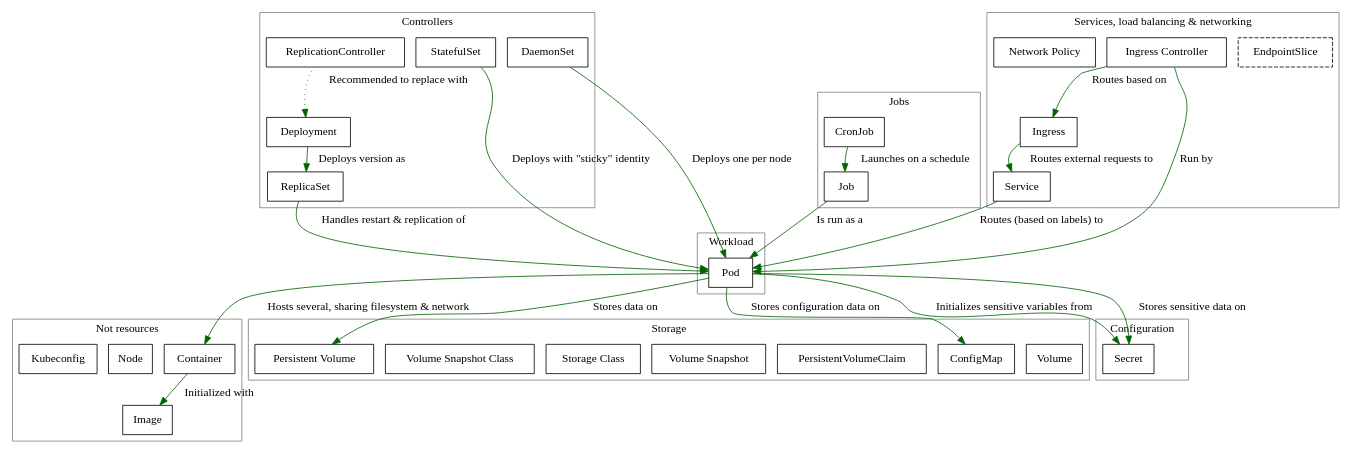
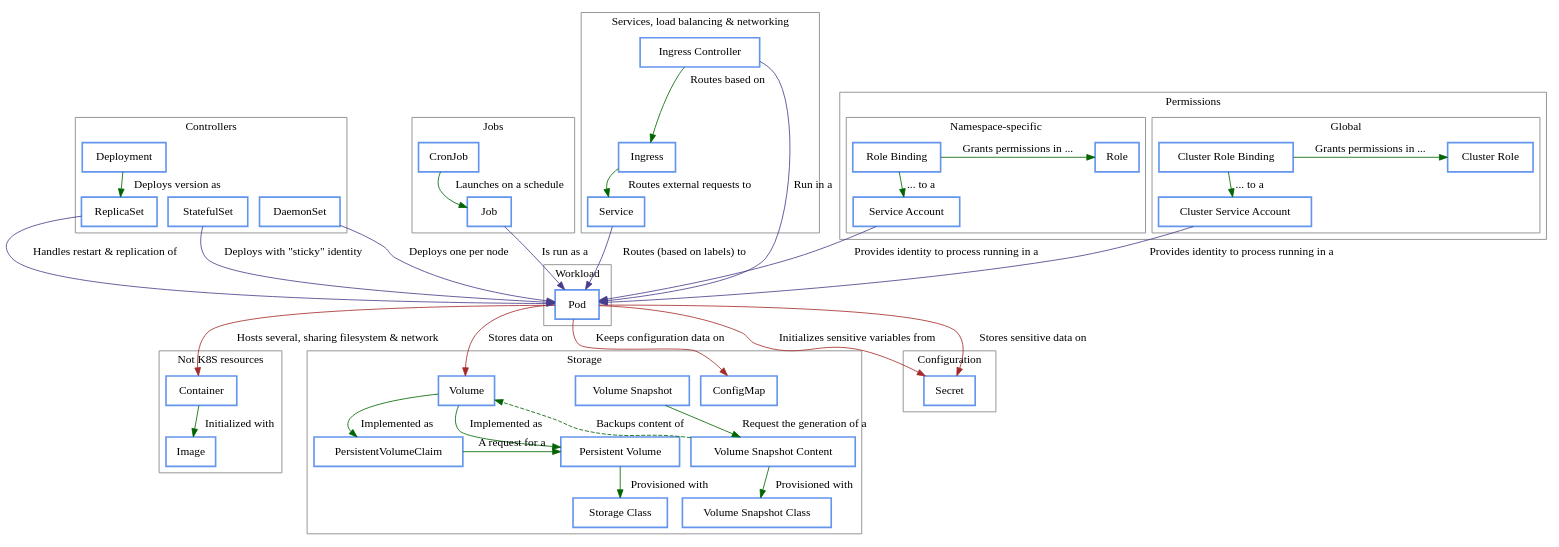
The diagram in documents/kubernetes/concept-map/graph.gv (kenkeiras/codigo-para-llevar), drawn with Graphviz before and after one commit. The commit also changed 2 other files, not shown here.

Commit message:
Add remaining links to K8s concept map.

```diff
--- a/documents/kubernetes/concept-map/graph.gv
+++ b/documents/kubernetes/concept-map/graph.gv
@@ -1,109 +1,173 @@
 digraph {
-    node[shape=rect];
+    node[shape=rect, color=cornflowerblue, style="bold"];
     graph[pad="0", nodesep="0.2", ranksep="0"];
     edge[color="darkgreen"];
 
     /********** NODES **********/
     // Outer objects
     subgraph cluster_no_resources {
-        label="Not resources";
+        label="Not K8S resources";
         color="grey";
 
-        container[label="Container", URL="https://www.docker.com/resources/what-container"];
-        k8s_node[label="Node", URL="https://kubernetes.io/docs/concepts/architecture/nodes/"];
-        image[label="Image", URL="https://kubernetes.io/docs/concepts/containers/images/"];
-        kubeconfig[label="Kubeconfig", URL="https://kubernetes.io/docs/concepts/configuration/organize-cluster-access-kubeconfig/"]
+        container[label="Container",   URL="https://www.docker.com/resources/what-container"];
+        image[label="Image",           URL="https://kubernetes.io/docs/concepts/containers/images/"];
     }
 
     // Base
     subgraph cluster_workload {
         label="Workload";
         color="grey";
 
         pod[label="Pod", URL="https://kubernetes.io/docs/concepts/workloads/pods/pod/"];
     }
 
     // Controllers
     subgraph cluster_controllers {
         label="Controllers";
         color="grey";
 
         deployment[label="Deployment", URL="https://kubernetes.io/docs/concepts/workloads/controllers/deployment/"];
         replicaset[label="ReplicaSet", URL="https://kubernetes.io/docs/concepts/workloads/controllers/replicaset/"];
-        replication_controller[label="ReplicationController", URL="https://kubernetes.io/docs/concepts/workloads/controllers/replicationcontroller/"];
+        // replication_controller[label="ReplicationController", URL="https://kubernetes.io/docs/concepts/workloads/controllers/replicationcontroller/"];
         statefulset[label="StatefulSet", URL="https://kubernetes.io/docs/concepts/workloads/controllers/statefulset/"];
-        daemonset[label="DaemonSet", URL="https://kubernetes.io/docs/concepts/workloads/controllers/daemonset/"];
+        daemonset[label="DaemonSet",     URL="https://kubernetes.io/docs/concepts/workloads/controllers/daemonset/"];
+
+        {rank=same;
+            replicaset;
+            statefulset;
+            daemonset
+            };
+
     }
 
     // Jobs
     subgraph cluster_jobs {
         label="Jobs";
         color="grey";
 
-        job[label="Job", URL="https://kubernetes.io/docs/concepts/workloads/controllers/jobs-run-to-completion/"];
+        job[label="Job",         URL="https://kubernetes.io/docs/concepts/workloads/controllers/jobs-run-to-completion/"];
         cronjob[label="CronJob", URL="https://kubernetes.io/docs/concepts/workloads/controllers/cron-jobs/"];
     }
 
     // Services, load balancing & networking
     subgraph cluster_services {
         label="Services, load balancing & networking";
         color="grey";
 
-        endpoint_slice[label="EndpointSlice", URL="https://kubernetes.io/docs/concepts/services-networking/endpoint-slices/", style="dashed"];
-        service[label="Service", URL="https://kubernetes.io/docs/concepts/services-networking/service/"];
-        ingress[label="Ingress", URL="https://kubernetes.io/docs/concepts/services-networking/ingress/"];
-        ingress_controller[label="Ingress Controller", URL="https://kubernetes.io/docs/concepts/services-networking/ingress-controllers/"];
-        network_policy[label="Network Policy", URL="https://kubernetes.io/docs/concepts/services-networking/network-policies/"];
+        // endpoint_slice[label="EndpointSlice", style="dashed", URL="https://kubernetes.io/docs/concepts/services-networking/endpoint-slices/"];
+        service[label="Service",                              URL="https://kubernetes.io/docs/concepts/services-networking/service/"];
+        ingress[label="Ingress",                              URL="https://kubernetes.io/docs/concepts/services-networking/ingress/"];
+        ingress_controller[label="Ingress Controller",        URL="https://kubernetes.io/docs/concepts/services-networking/ingress-controllers/"];
+        // network_policy[label="Network Policy",                URL="https://kubernetes.io/docs/concepts/services-networking/network-policies/"];
     }
 
     // Storage
     subgraph cluster_storage {
         label="Storage";
         color="grey";
 
-        volume[label="Volume", URL="https://kubernetes.io/docs/concepts/storage/volumes/"];
-        persistent_volume[label="Persistent Volume", URL="https://kubernetes.io/docs/concepts/storage/persistent-volumes/"];
-        persistent_volume_claim[label="PersistentVolumeClaim", URL="https://kubernetes.io/docs/concepts/storage/persistent-volumes/#persistentvolumeclaims"];
-        volume_snapshot[label="Volume Snapshot", URL="https://kubernetes.io/docs/concepts/storage/volume-snapshots/"];
-        storage_class[label="Storage Class", URL="https://kubernetes.io/docs/concepts/storage/storage-classes/"];
-        volume_snapshot_class[label="Volume Snapshot Class", URL="https://kubernetes.io/docs/concepts/storage/volume-snapshot-classes/"];
-        configmap[label="ConfigMap", URL="https://kubernetes.io/docs/concepts/storage/volumes/#configmap"];
+        volume[label="Volume",                                   URL="https://kubernetes.io/docs/concepts/storage/volumes/"];
+        persistent_volume[label="Persistent Volume",             URL="https://kubernetes.io/docs/concepts/storage/persistent-volumes/"];
+        persistent_volume_claim[label="PersistentVolumeClaim",   URL="https://kubernetes.io/docs/concepts/storage/persistent-volumes/#persistentvolumeclaims"];
+        volume_snapshot[label="Volume Snapshot",                 URL="https://kubernetes.io/docs/concepts/storage/volume-snapshots/"];
+        volume_snapshot_content[label="Volume Snapshot Content", URL="https://kubernetes.io/docs/concepts/storage/volume-snapshots/"];
+        storage_class[label="Storage Class",                     URL="https://kubernetes.io/docs/concepts/storage/storage-classes/"];
+        volume_snapshot_class[label="Volume Snapshot Class",     URL="https://kubernetes.io/docs/concepts/storage/volume-snapshot-classes/"];
+        configmap[label="ConfigMap",                             URL="https://kubernetes.io/docs/concepts/storage/volumes/#configmap"];
+
+        {rank=same;
+            persistent_volume;
+            persistent_volume_claim;
+            volume_snapshot_content;
+        }
     }
 
     // Configuration
     subgraph cluster_configuration {
         label="Configuration";
         color="grey";
 
         secret[label="Secret", URL="https://kubernetes.io/docs/concepts/configuration/secret/"];
     }
 
+    // Permissions
+    subgraph cluster_permissions {
+        label="Permissions";
+        color="grey";
+        rankdir=LR;
+
+        // Namespace specific
+        subgraph cluster_namespace_permissions {
+            label="Namespace-specific";
+
+            rolebinding[label="Role Binding",        URL="https://kubernetes.io/docs/reference/access-authn-authz/rbac/#rolebinding-and-clusterrolebinding"];
+            role[label="Role",                       URL="https://kubernetes.io/docs/reference/access-authn-authz/rbac/#role-and-clusterrole"];
+            service_account[label="Service Account", URL="https://kubernetes.io/docs/tasks/configure-pod-container/configure-service-account/"];
+
+            {rank=same;
+                rolebinding;
+                role;}
+        }
+
+        // Cluster-wide
+        subgraph cluster_global_permissions {
+            label="Global";
+
+            cluster_rolebinding[label="Cluster Role Binding",        URL="https://kubernetes.io/docs/reference/access-authn-authz/rbac/#rolebinding-and-clusterrolebinding"];
+            cluster_role[label="Cluster Role",                       URL="https://kubernetes.io/docs/reference/access-authn-authz/rbac/#role-and-clusterrole"];
+            cluster_service_account[label="Cluster Service Account", URL="https://kubernetes.io/docs/tasks/configure-pod-container/configure-service-account/"];
+
+            {rank=same;
+                cluster_rolebinding;
+                cluster_role;}
+        }
+
+    }
+
     /********** LINKS **********/
     // Controllers
     container -> image[label="Initialized with"];
-    pod -> container[label="Hosts several, sharing filesystem & network"];
+    pod -> container[color=brown, label="Hosts several, sharing filesystem & network"];
     deployment -> replicaset[label="Deploys version as"];
-    replicaset -> pod[label="Handles restart & replication of"];
-    statefulset -> pod[label="Deploys with \"sticky\" identity"];
-    daemonset -> pod[label="Deploys one per node"];
+    replicaset -> pod[color=darkslateblue,  label="Handles restart & replication of"];
+    statefulset -> pod[color=darkslateblue, label="Deploys with \"sticky\" identity"];
+    daemonset -> pod[color=darkslateblue,   label="Deploys one per node"];
 
-    replication_controller -> deployment[label="Recommended to replace with", style="dotted"];
+    // replication_controller -> deployment[label="Recommended to replace with", style="dotted"];
 
     // Jobs
     cronjob -> job[label="Launches on a schedule"];
-    job -> pod[label="Is run as a"];
+    job -> pod[color=darkslateblue, label="Is run as a"];
 
     // Services, load balancing & networking
-    ingress_controller -> pod[label="Run by"];
+    ingress_controller -> pod[color=darkslateblue, label="Run in a"];
     ingress_controller -> ingress[label="Routes based on"];
 
     ingress -> service[label="Routes external requests to"];
-    service -> pod[label="Routes (based on labels) to"];
+    service -> pod[color=darkslateblue, label="Routes (based on labels) to"];
 
     // Storage
-    pod -> persistent_volume[label="Stores data on"];
-    pod -> secret[label="Initializes sensitive variables from"];
-    pod -> secret[label="Stores sensitive data on"];
-    pod -> configmap[label="Stores configuration data on"];
+    pod -> volume[color=brown, label="Stores data on"];
+    pod -> secret[color=brown,            label="Initializes sensitive variables from"];
+    pod -> secret[color=brown,            label="Stores sensitive data on"];
+    pod -> configmap[color=brown,         label="Keeps configuration data on"];
 
+    volume -> persistent_volume[label="Implemented as"];
+    volume -> persistent_volume_claim[label="Implemented as"];
+
+    persistent_volume_claim -> persistent_volume[label="A request for a"];
+    persistent_volume -> storage_class[label="Provisioned with"];
+
+    volume_snapshot -> volume_snapshot_content[label="Request the generation of a"];
+    volume_snapshot_content -> volume_snapshot_class[label="Provisioned with"];
+    volume_snapshot_content -> volume[style=dashed, label="Backups content of"];
+
+    // Permissions
+    rolebinding -> role[label="Grants permissions in ..."];
+    rolebinding -> service_account[label="... to a"];
+    cluster_rolebinding -> cluster_role[label="Grants permissions in ..."];
+    cluster_rolebinding -> cluster_service_account[label="... to a"];
+
+    service_account -> pod[color=darkslateblue, label="Provides identity to process running in a"];
+    cluster_service_account -> pod[color=darkslateblue, label="Provides identity to process running in a"];
 }
```
